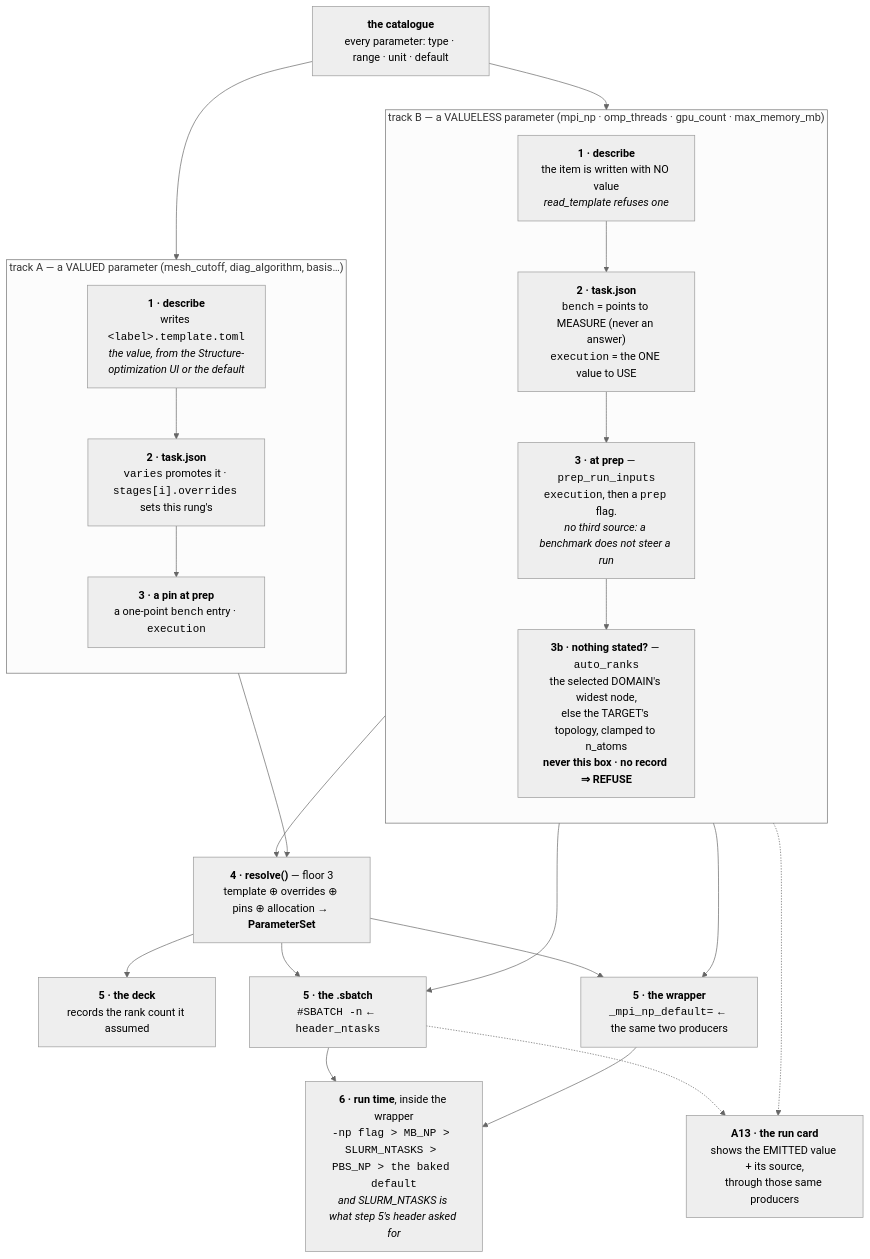
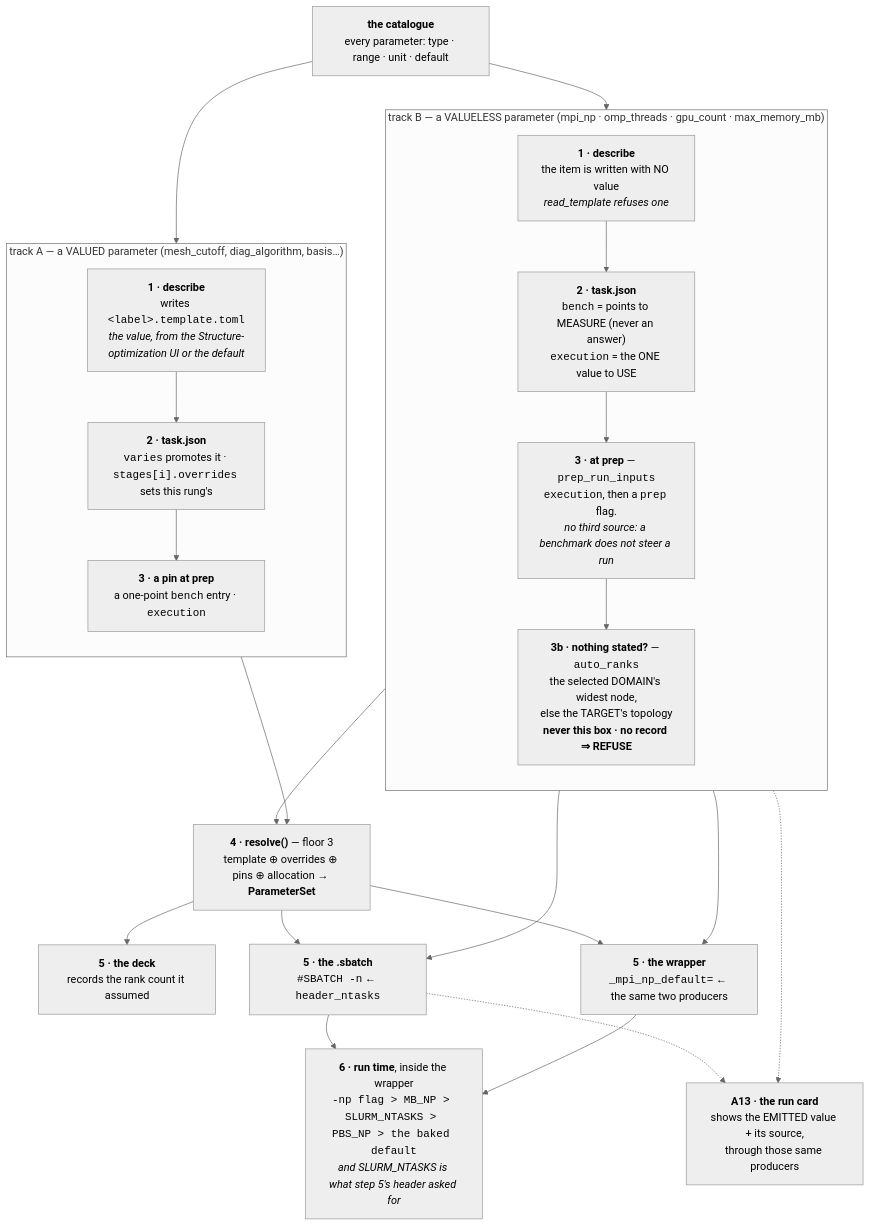
Before and after one commit to Qing-LAB/molbuilder: the sixth of 11 diagrams in docs/execution/architecture.md, drawn with Mermaid (neutral theme). The commit also changed 6 other files, not shown here.

````diff
--- a/docs/execution/architecture.md
+++ b/docs/execution/architecture.md
@@ -570,42 +570,42 @@
 ```mermaid
 flowchart TB
     CAT["<b>the catalogue</b><br/>every parameter: type · range · unit · default"]
 
     subgraph VAL["track A — a VALUED parameter (mesh_cutoff, diag_algorithm, basis…)"]
         direction TB
         A1["<b>1 · describe</b><br/>writes <code>&lt;label&gt;.template.toml</code><br/><i>the value, from the Structure-optimization UI or the default</i>"]
         A2["<b>2 · task.json</b><br/><code>varies</code> promotes it · <code>stages[i].overrides</code> sets this rung's"]
         A3["<b>3 · a pin at prep</b><br/>a one-point <code>bench</code> entry · <code>execution</code>"]
         A1 --> A2 --> A3
     end
 
     subgraph MACH["track B — a VALUELESS parameter (mpi_np · omp_threads · gpu_count · max_memory_mb)"]
         direction TB
         B1["<b>1 · describe</b><br/>the item is written with NO value<br/><i>read_template refuses one</i>"]
         B2["<b>2 · task.json</b><br/><code>bench</code> = points to MEASURE (never an answer)<br/><code>execution</code> = the ONE value to USE"]
         B3["<b>3 · at prep</b> — <code>prep_run_inputs</code><br/><code>execution</code>, then a <code>prep</code> flag.<br/><i>no third source: a benchmark does not steer a run</i>"]
-        B4["<b>3b · nothing stated?</b> — <code>auto_ranks</code><br/>the selected DOMAIN's widest node,<br/>else the TARGET's topology, clamped to n_atoms<br/><b>never this box · no record ⇒ REFUSE</b>"]
+        B4["<b>3b · nothing stated?</b> — <code>auto_ranks</code><br/>the selected DOMAIN's widest node,<br/>else the TARGET's topology<br/><b>never this box · no record ⇒ REFUSE</b>"]
         B1 --> B2 --> B3 --> B4
     end
 
     RES["<b>4 · resolve()</b> — floor 3<br/>template ⊕ overrides ⊕ pins ⊕ allocation → <b>ParameterSet</b>"]
     DECK["<b>5 · the deck</b><br/>records the rank count it assumed"]
     SB["<b>5 · the .sbatch</b><br/><code>#SBATCH -n</code> ← <code>header_ntasks</code>"]
     WRAP["<b>5 · the wrapper</b><br/><code>_mpi_np_default=</code> ← the same two producers"]
     RUN["<b>6 · run time</b>, inside the wrapper<br/><code>-np flag &gt; MB_NP &gt; SLURM_NTASKS &gt; PBS_NP &gt; the baked default</code><br/><i>and SLURM_NTASKS is what step 5's header asked for</i>"]
     CARD["<b>A13 · the run card</b><br/>shows the EMITTED value + its source,<br/>through those same producers"]
 
     CAT --> A1
     CAT --> B1
     A3 --> RES
     B3 --> RES
     B4 --> SB
     B4 --> WRAP
     RES --> DECK
     RES --> SB
     RES --> WRAP
     SB --> RUN
     WRAP --> RUN
     B4 -.-> CARD
     SB -.-> CARD
 ```
````
